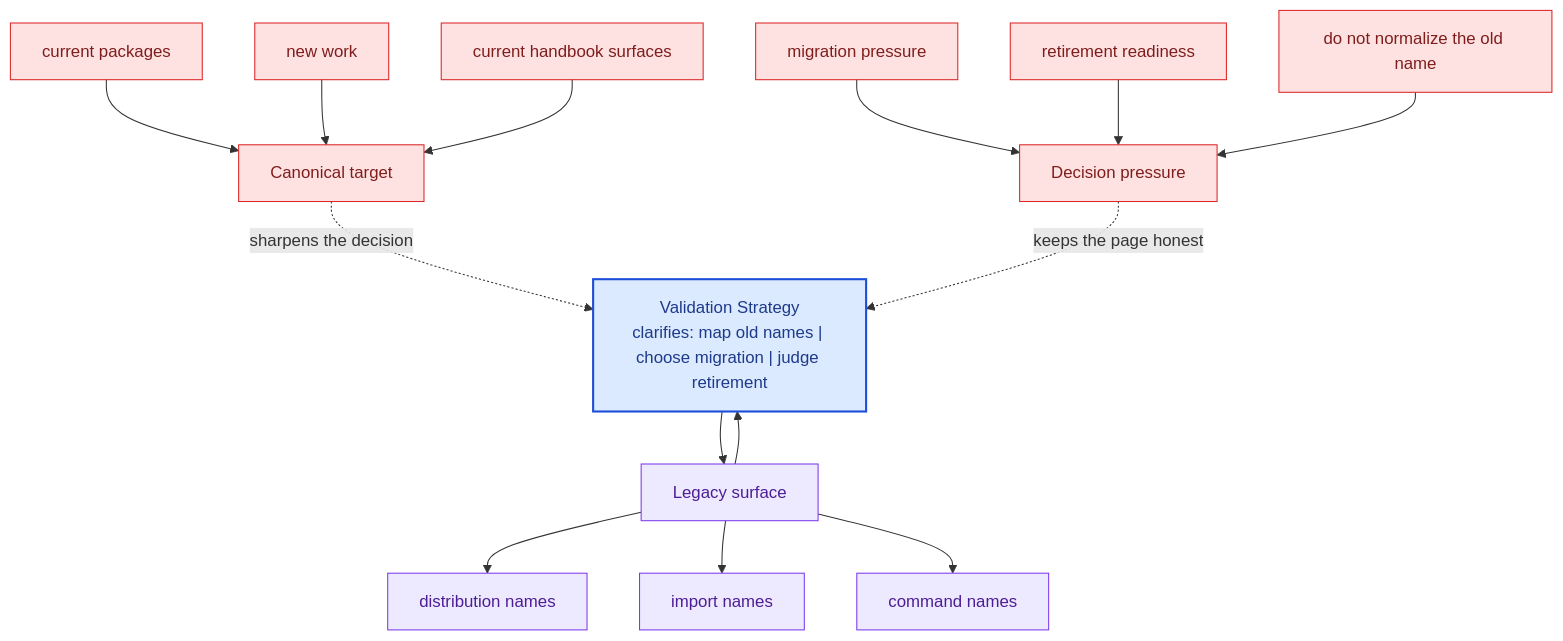
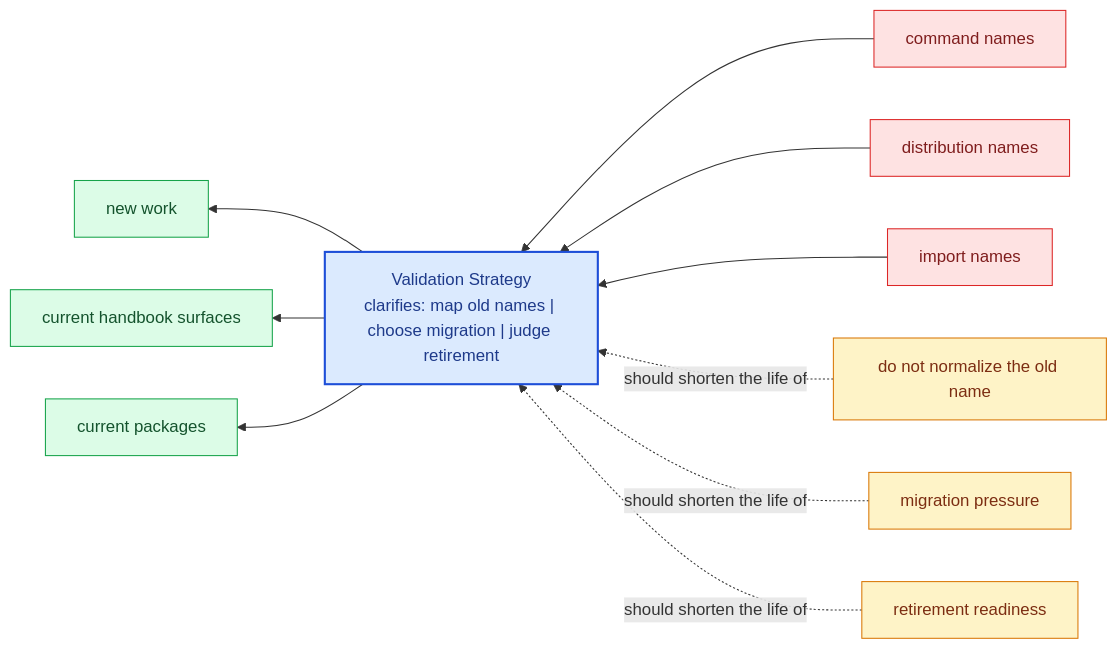
Before and after one commit to bijux/bijux-canon: the diagram in docs/compat-packages/validation-strategy.md, drawn with Mermaid. The commit also changed other lines of this file and 281 other files, not shown here.

Commit message:
docs(diagrams): replace repeated mermaid scaffolds with page-specific summaries

````diff
--- a/docs/compat-packages/validation-strategy.md
+++ b/docs/compat-packages/validation-strategy.md
@@ -68,40 +23,31 @@
 ```mermaid
-flowchart TB
-    promise["Validation Strategy<br/>clarifies: map old names | choose migration | judge retirement"]
-    classDef promise fill:#dbeafe,stroke:#1d4ed8,color:#1e3a8a,stroke-width:2px;
-    classDef driver fill:#dcfce7,stroke:#16a34a,color:#14532d;
-    classDef constraint fill:#fee2e2,stroke:#dc2626,color:#7f1d1d;
-    classDef ground fill:#ede9fe,stroke:#7c3aed,color:#4c1d95;
-    focus1["Legacy surface"]
-    focus1 --> promise
-    promise --> focus1
-    focus1_1["distribution names"]
-    focus1 --> focus1_1
-    focus1_2["import names"]
-    focus1 --> focus1_2
-    focus1_3["command names"]
-    focus1 --> focus1_3
-    class focus1 ground;
-    class focus1_1,focus1_2,focus1_3 ground;
-    focus2["Canonical target"]
-    focus2 -.sharpens the decision.-> promise
-    focus2_1["current packages"]
-    focus2_1 --> focus2
-    focus2_2["new work"]
-    focus2_2 --> focus2
-    focus2_3["current handbook surfaces"]
-    focus2_3 --> focus2
-    class focus2 constraint;
-    class focus2_1,focus2_2,focus2_3 constraint;
-    focus3["Decision pressure"]
-    focus3 -.keeps the page honest.-> promise
-    focus3_1["migration pressure"]
-    focus3_1 --> focus3
-    focus3_2["retirement readiness"]
-    focus3_2 --> focus3
-    focus3_3["do not normalize the old name"]
-    focus3_3 --> focus3
-    class focus3 constraint;
-    class focus3_1,focus3_2,focus3_3 constraint;
-    class promise promise;
+flowchart RL
+    page["Validation Strategy<br/>clarifies: map old names | choose migration | judge retirement"]
+    classDef page fill:#dbeafe,stroke:#1d4ed8,color:#1e3a8a,stroke-width:2px;
+    classDef positive fill:#dcfce7,stroke:#16a34a,color:#14532d;
+    classDef caution fill:#fee2e2,stroke:#dc2626,color:#7f1d1d;
+    classDef anchor fill:#ede9fe,stroke:#7c3aed,color:#4c1d95;
+    classDef action fill:#fef3c7,stroke:#d97706,color:#7c2d12;
+    legacy1["command names"]
+    legacy1 --> page
+    legacy2["distribution names"]
+    legacy2 --> page
+    legacy3["import names"]
+    legacy3 --> page
+    canon1["new work"]
+    page --> canon1
+    canon2["current handbook surfaces"]
+    page --> canon2
+    canon3["current packages"]
+    page --> canon3
+    pressure1["do not normalize the old name"]
+    pressure1 -.should shorten the life of.-> page
+    pressure2["migration pressure"]
+    pressure2 -.should shorten the life of.-> page
+    pressure3["retirement readiness"]
+    pressure3 -.should shorten the life of.-> page
+    class page page;
+    class legacy1,legacy2,legacy3 caution;
+    class canon1,canon2,canon3 positive;
+    class pressure1,pressure2,pressure3 action;
 ```
````
